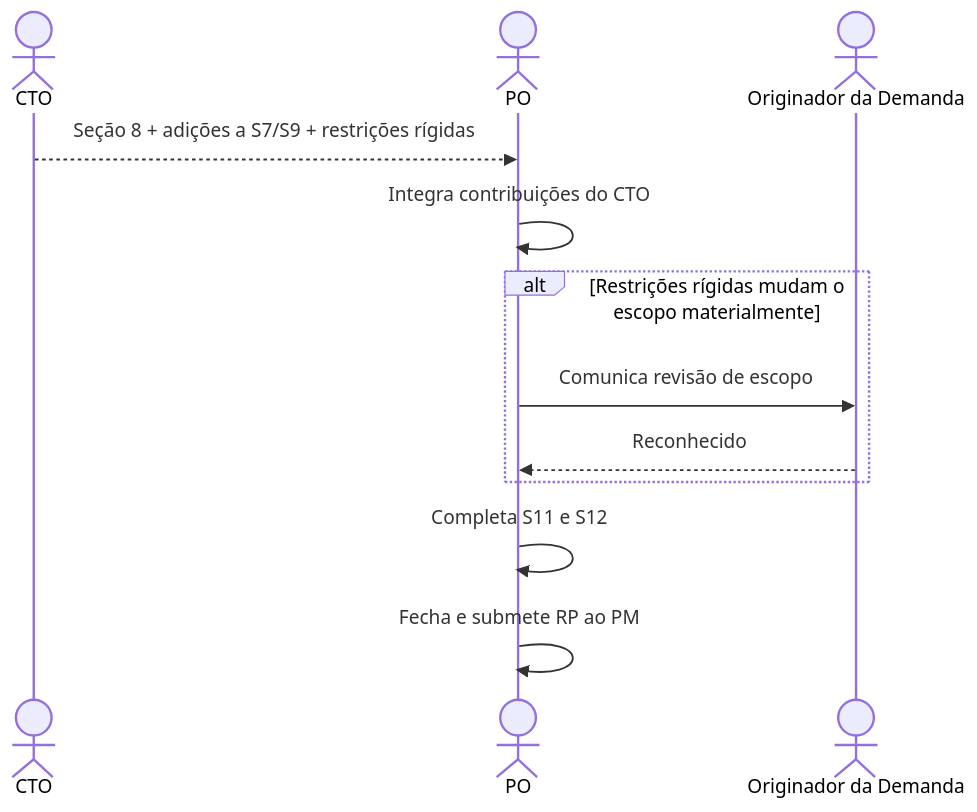
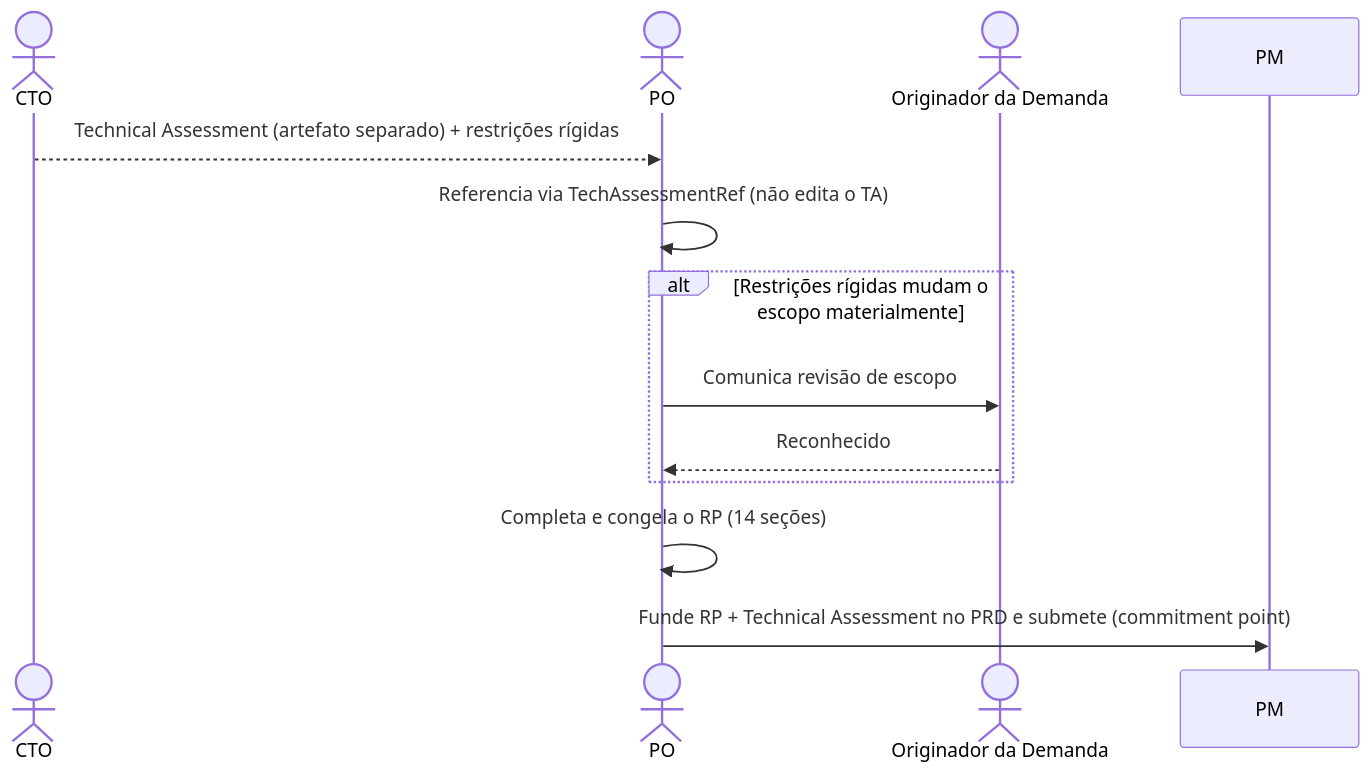
Before and after one commit to hugo-hsbtech/teamwork-process: the diagram in interactions/06-cto-to-po.md, drawn with Mermaid. The commit also changed other lines of this file and 15 other files, not shown here.

First line of the commit message:
docs: alinha modelo ao commitment point (RP→PRD) e separa Technical Assessment (#2)

````diff
--- a/interactions/06-cto-to-po.md
+++ b/interactions/06-cto-to-po.md
@@ -62,17 +65,17 @@
 ```mermaid
 sequenceDiagram
     actor CTO as CTO
     actor PO as PO
     actor ORIG as Originador da Demanda
 
-    CTO-->>PO: Seção 8 + adições a S7/S9 + restrições rígidas
-    PO->>PO: Integra contribuições do CTO
+    CTO-->>PO: Technical Assessment (artefato separado) + restrições rígidas
+    PO->>PO: Referencia via TechAssessmentRef (não edita o TA)
 
     alt Restrições rígidas mudam o escopo materialmente
         PO->>ORIG: Comunica revisão de escopo
         ORIG-->>PO: Reconhecido
     end
 
-    PO->>PO: Completa S11 e S12
-    PO->>PO: Fecha e submete RP ao PM
+    PO->>PO: Completa e congela o RP (14 seções)
+    PO->>PM: Funde RP + Technical Assessment no PRD e submete (commitment point)
 ```
````
